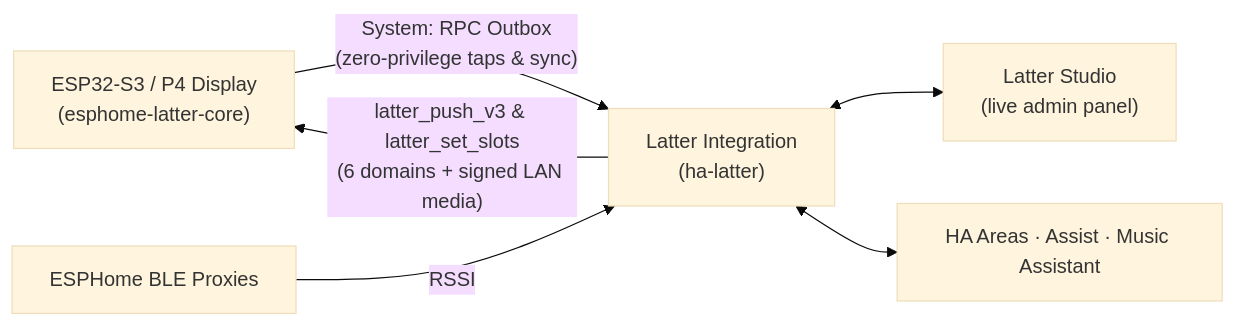
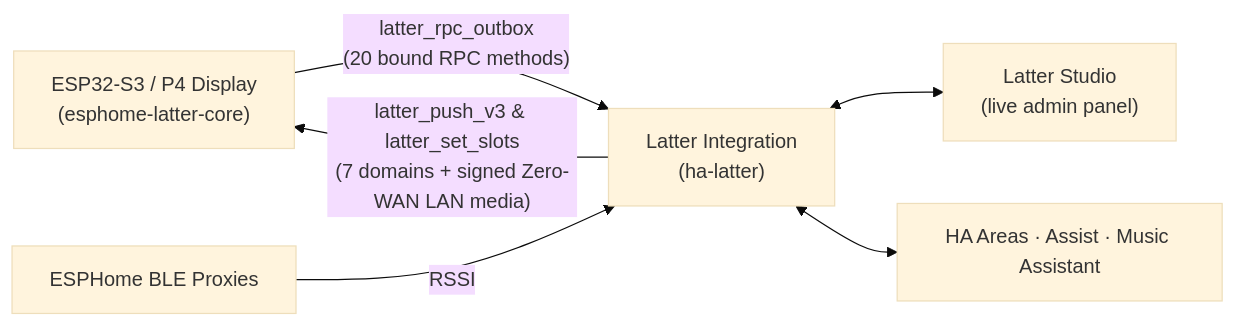
The diagram in README.md (slampton/esphome-latter-core), drawn with Mermaid (base theme) before and after one commit. The commit also changed other lines of this file and 27 other files, not shown here.

````diff
--- a/README.md
+++ b/README.md
@@ -65,8 +60,8 @@
 ```mermaid
 flowchart LR
-    DEV["ESP32-S3 / P4 Display<br/>(esphome-latter-core)"] -- "System: RPC Outbox<br/>(zero-privilege taps & sync)" --> HA["Latter Integration<br/>(ha-latter)"]
-    HA -- "latter_push_v3 & latter_set_slots<br/>(6 domains + signed LAN media)" --> DEV
+    DEV["ESP32-S3 / P4 Display<br/>(esphome-latter-core)"] -- "latter_rpc_outbox<br/>(20 bound RPC methods)" --> HA["Latter Integration<br/>(ha-latter)"]
+    HA -- "latter_push_v3 & latter_set_slots<br/>(7 domains + signed Zero-WAN LAN media)" --> DEV
     BLE["ESPHome BLE Proxies"] -- "RSSI" --> HA
     HA <--> STUDIO["Latter Studio<br/>(live admin panel)"]
     HA <--> ECOSYS["HA Areas · Assist · Music Assistant"]
 ```
````
